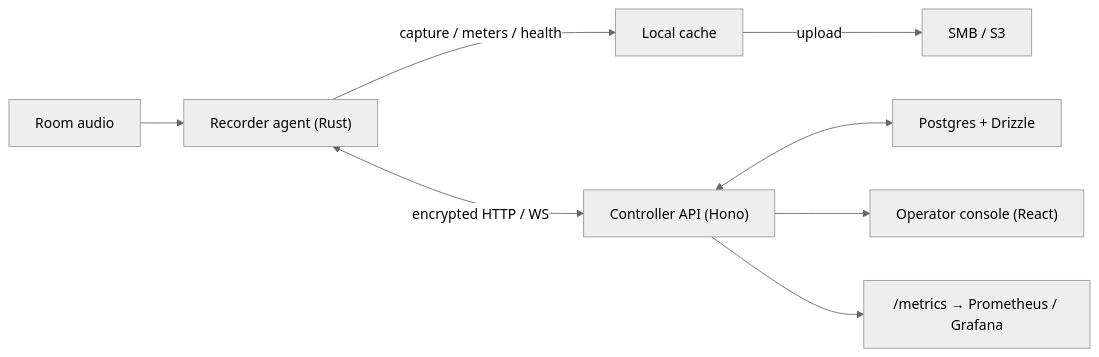
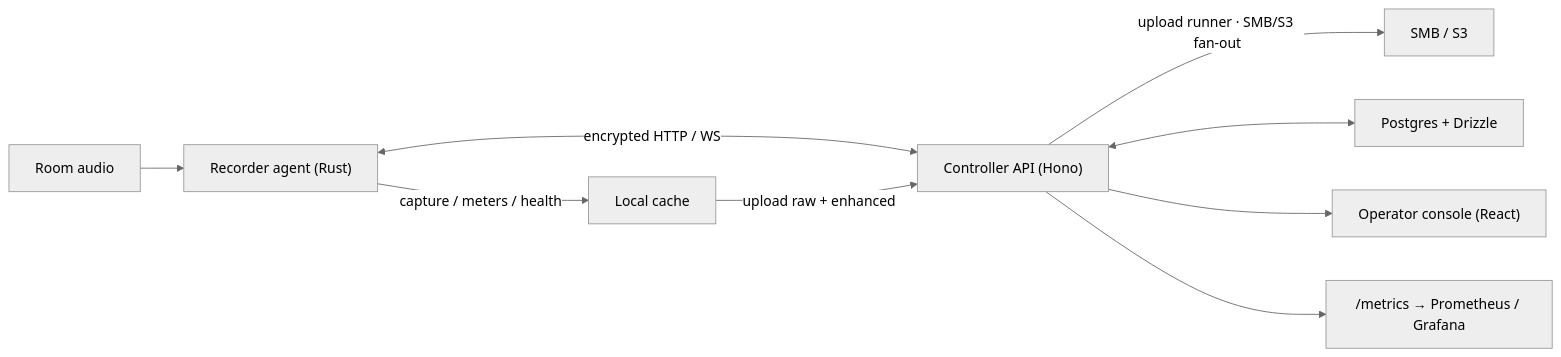
One commit to yashau/Rakkr changed the diagram in docs/index.md. Above: the diagram before and after it, drawn with Mermaid (neutral theme).

Commit message:
Fix upload flow in docs homepage diagram
The docs site frontpage (docs/index.md) still drew node-cache -> SMB/S3
directly. Correct it to match the README/architecture diagrams: the agent
uploads renditions to the controller, and the controller's upload runner
fans out to SMB/S3 destinations.

````diff
--- a/docs/index.md
+++ b/docs/index.md
@@ -21,10 +21,11 @@
 ```mermaid
 flowchart LR
   room["Room audio"] --> agent["Recorder agent (Rust)"]
   agent -->|"capture / meters / health"| cache["Local cache"]
   agent <-->|"encrypted HTTP / WS"| api["Controller API (Hono)"]
+  cache -->|"upload raw + enhanced"| api
+  api -->|"upload runner · SMB/S3 fan-out"| storage["SMB / S3"]
   api <--> db["Postgres + Drizzle"]
   api --> ui["Operator console (React)"]
-  cache -->|"upload"| storage["SMB / S3"]
   api --> metrics["/metrics → Prometheus / Grafana"]
 ```
````
